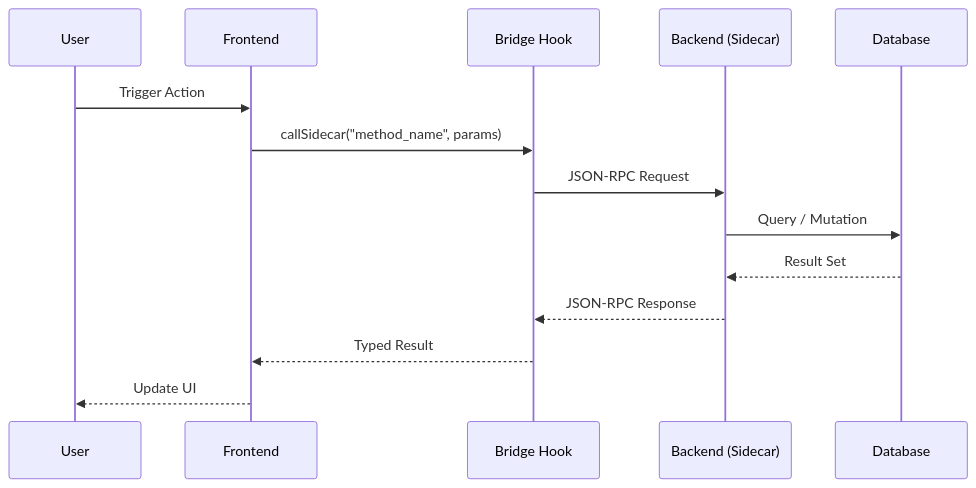
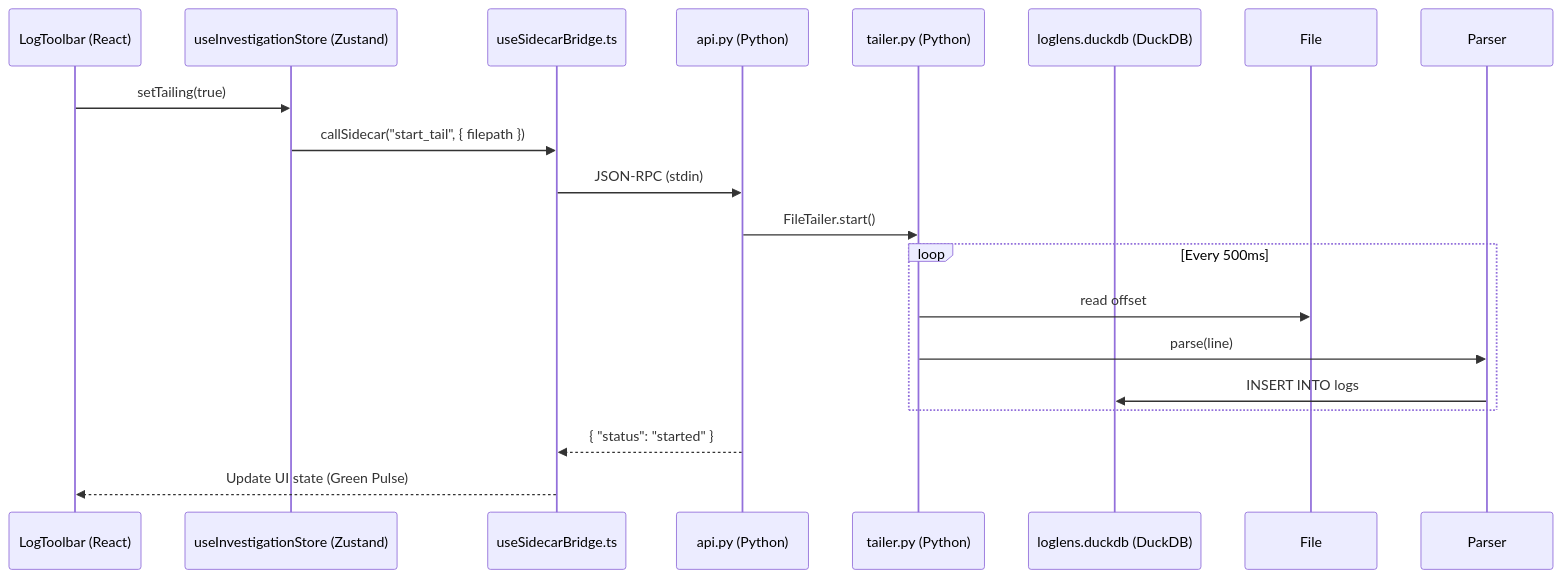
Before and after one commit to serguei9090/LogLensAi: the first of 4 diagrams in docs/architecture/diagrams.md, drawn with Mermaid. The commit also changed other lines of this file and 67 other files, not shown here.

Commit message:
feat: implement sidecar API and architecture documentation while adding investigation UI components

````diff
--- a/docs/architecture/diagrams.md
+++ b/docs/architecture/diagrams.md
@@ -60,17 +12,23 @@
 ```mermaid
 sequenceDiagram
-    participant User
-    participant FE as Frontend
-    participant Bridge as Bridge Hook
-    participant BE as Backend (Sidecar)
-    participant DB as Database
+  participant UI as LogToolbar (React)
+  participant Store as useInvestigationStore (Zustand)
+  participant Bridge as useSidecarBridge.ts
+  participant API as api.py (Python)
+  participant Tailer as tailer.py (Python)
+  participant DB as loglens.duckdb (DuckDB)
 
-    User->>FE: Trigger Action
-    FE->>Bridge: callSidecar("method_name", params)
-    Bridge->>BE: JSON-RPC Request
-    BE->>DB: Query / Mutation
-    DB-->>BE: Result Set
-    BE-->>Bridge: JSON-RPC Response
-    Bridge-->>FE: Typed Result
-    FE-->>User: Update UI
+  UI->>Store: setTailing(true)
+  Store->>Bridge: callSidecar("start_tail", { filepath })
+  Bridge->>API: JSON-RPC (stdin)
+  API->>Tailer: FileTailer.start()
+  
+  loop Every 500ms
+    Tailer->>File: read offset
+    Tailer->>Parser: parse(line)
+    Parser->>DB: INSERT INTO logs
+  end
+
+  API-->>Bridge: { "status": "started" }
+  Bridge-->>UI: Update UI state (Green Pulse)
 ```
````
